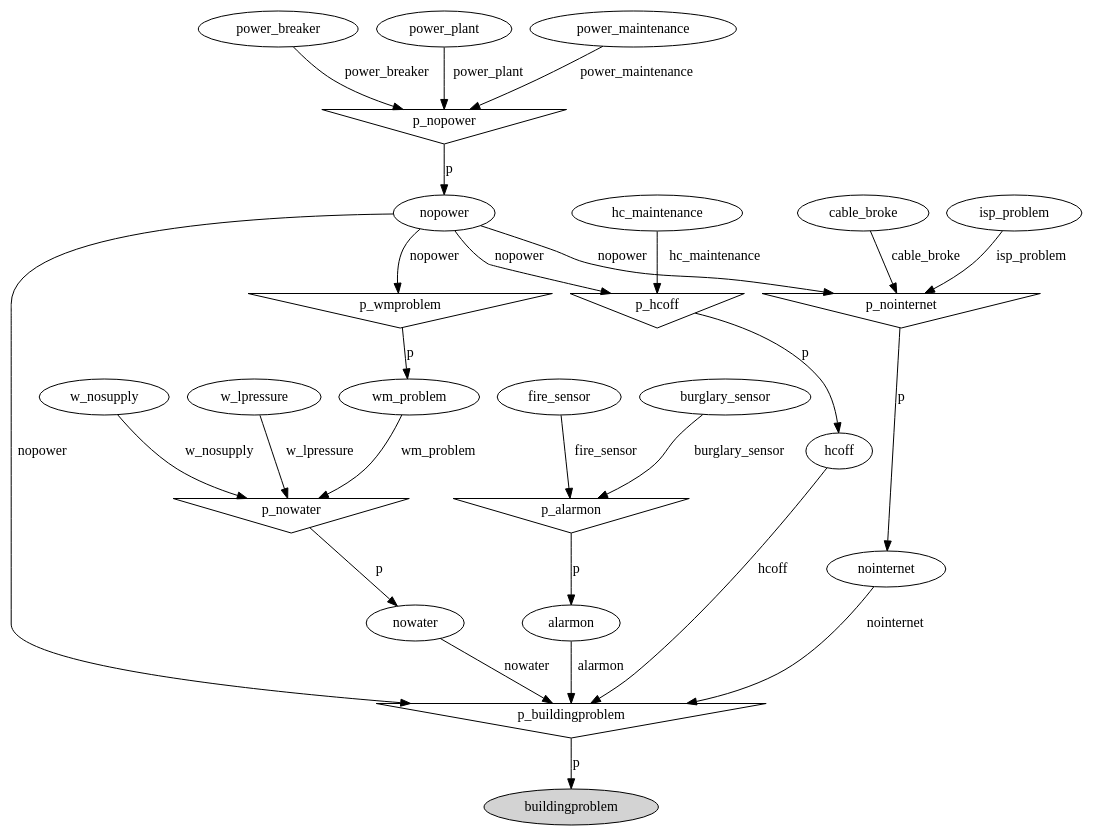
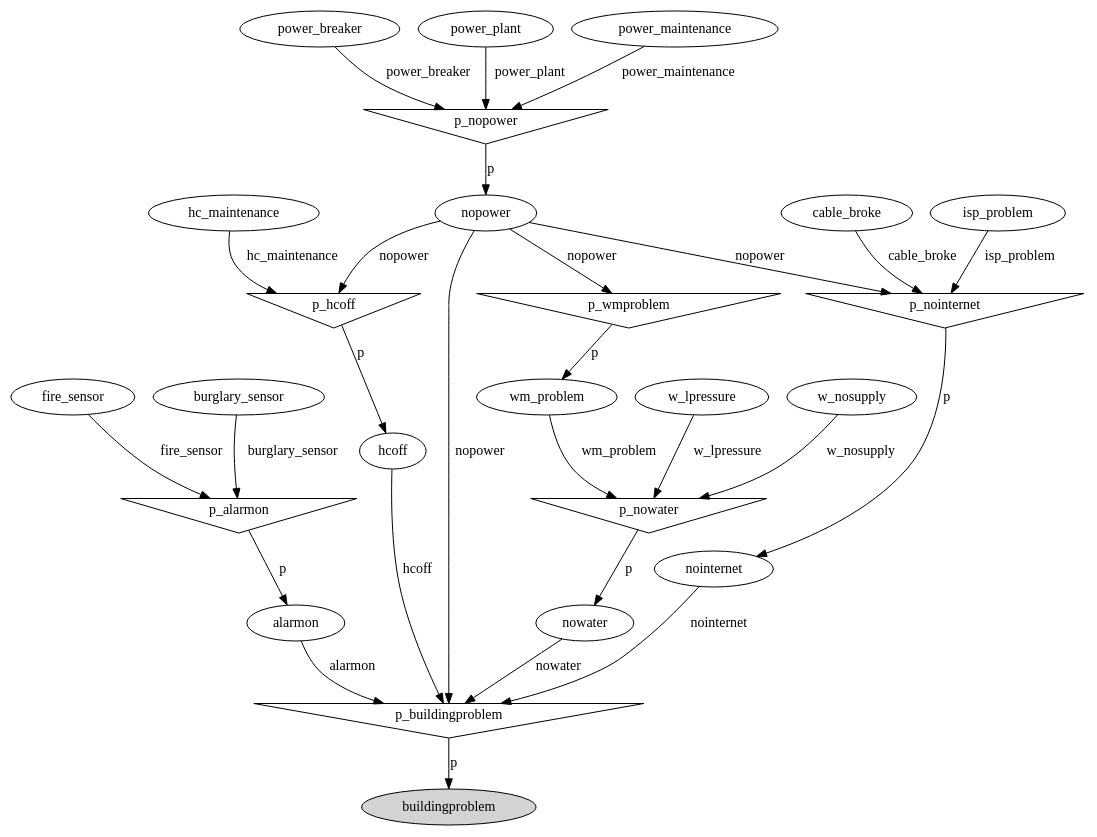
Before and after one commit to rolisanchez/ai-project-mcmc: the diagram in container.dot, drawn with Graphviz. The commit also changed other lines of this file and 25 other files, not shown here.

```diff
--- a/container.dot
+++ b/container.dot
@@ -1,52 +1,52 @@
 digraph G {
-w_nosupply;
-p_nowater [shape=invtriangle];
-w_lpressure;
-w_lpressure -> p_nowater  [label=w_lpressure];
-w_nosupply -> p_nowater  [label=w_nosupply];
-wm_problem;
-wm_problem -> p_nowater  [label=wm_problem];
-p_wmproblem [shape=invtriangle];
-p_wmproblem -> wm_problem  [label=p];
-nopower;
-nopower -> p_wmproblem  [label=nopower];
-p_nopower [shape=invtriangle];
-p_nopower -> nopower  [label=p];
-power_breaker;
-power_breaker -> p_nopower  [label=power_breaker];
-power_plant;
-power_plant -> p_nopower  [label=power_plant];
-power_maintenance;
-power_maintenance -> p_nopower  [label=power_maintenance];
-nowater;
-p_nowater -> nowater  [label=p];
 p_buildingproblem [shape=invtriangle];
 alarmon;
 alarmon -> p_buildingproblem  [label=alarmon];
 p_alarmon [shape=invtriangle];
 p_alarmon -> alarmon  [label=p];
 fire_sensor;
 fire_sensor -> p_alarmon  [label=fire_sensor];
 burglary_sensor;
 burglary_sensor -> p_alarmon  [label=burglary_sensor];
 hcoff;
 hcoff -> p_buildingproblem  [label=hcoff];
 p_hcoff [shape=invtriangle];
 p_hcoff -> hcoff  [label=p];
 hc_maintenance;
 hc_maintenance -> p_hcoff  [label=hc_maintenance];
+nopower;
 nopower -> p_hcoff  [label=nopower];
+p_nopower [shape=invtriangle];
+p_nopower -> nopower  [label=p];
+power_breaker;
+power_breaker -> p_nopower  [label=power_breaker];
+power_plant;
+power_plant -> p_nopower  [label=power_plant];
+power_maintenance;
+power_maintenance -> p_nopower  [label=power_maintenance];
 nointernet;
 nointernet -> p_buildingproblem  [label=nointernet];
 p_nointernet [shape=invtriangle];
 p_nointernet -> nointernet  [label=p];
 nopower -> p_nointernet  [label=nopower];
 cable_broke;
 cable_broke -> p_nointernet  [label=cable_broke];
 isp_problem;
 isp_problem -> p_nointernet  [label=isp_problem];
+nowater;
 nowater -> p_buildingproblem  [label=nowater];
+p_nowater [shape=invtriangle];
+p_nowater -> nowater  [label=p];
+w_lpressure;
+w_lpressure -> p_nowater  [label=w_lpressure];
+w_nosupply;
+w_nosupply -> p_nowater  [label=w_nosupply];
+wm_problem;
+wm_problem -> p_nowater  [label=wm_problem];
+p_wmproblem [shape=invtriangle];
+p_wmproblem -> wm_problem  [label=p];
+nopower -> p_wmproblem  [label=nopower];
 nopower -> p_buildingproblem  [label=nopower];
 buildingproblem [style=filled];
 p_buildingproblem -> buildingproblem  [label=p];
 }
```
